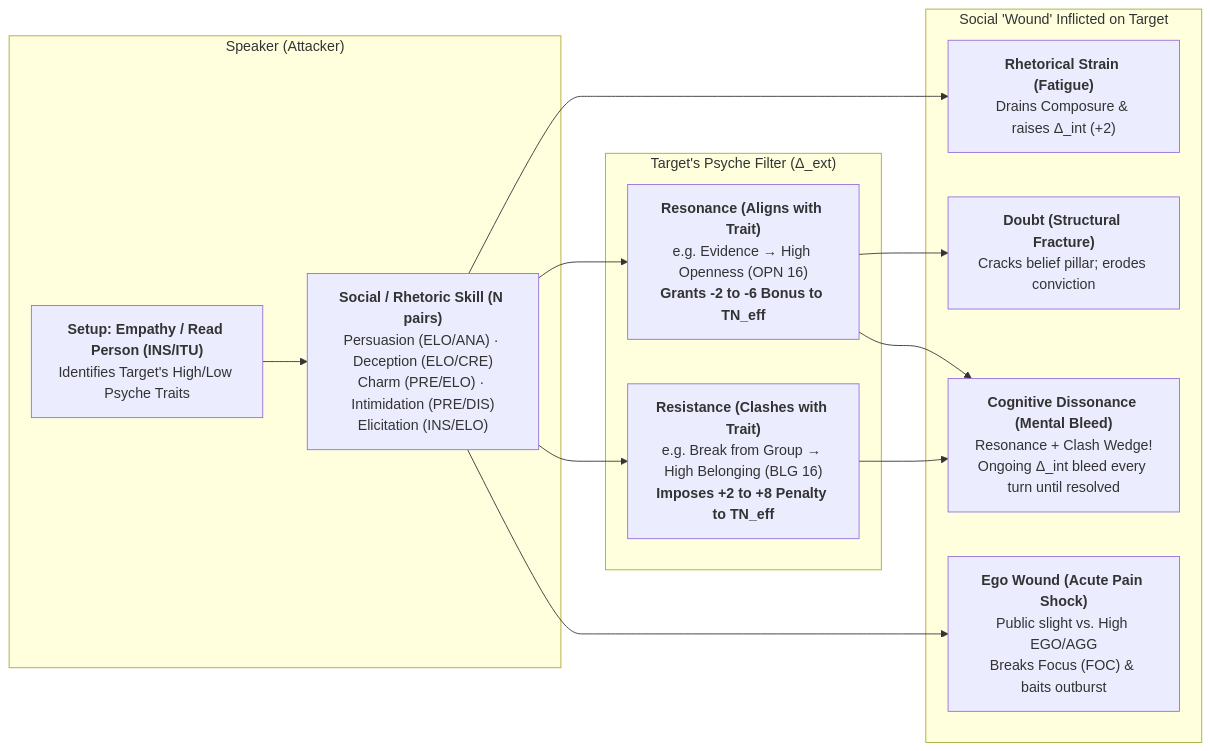
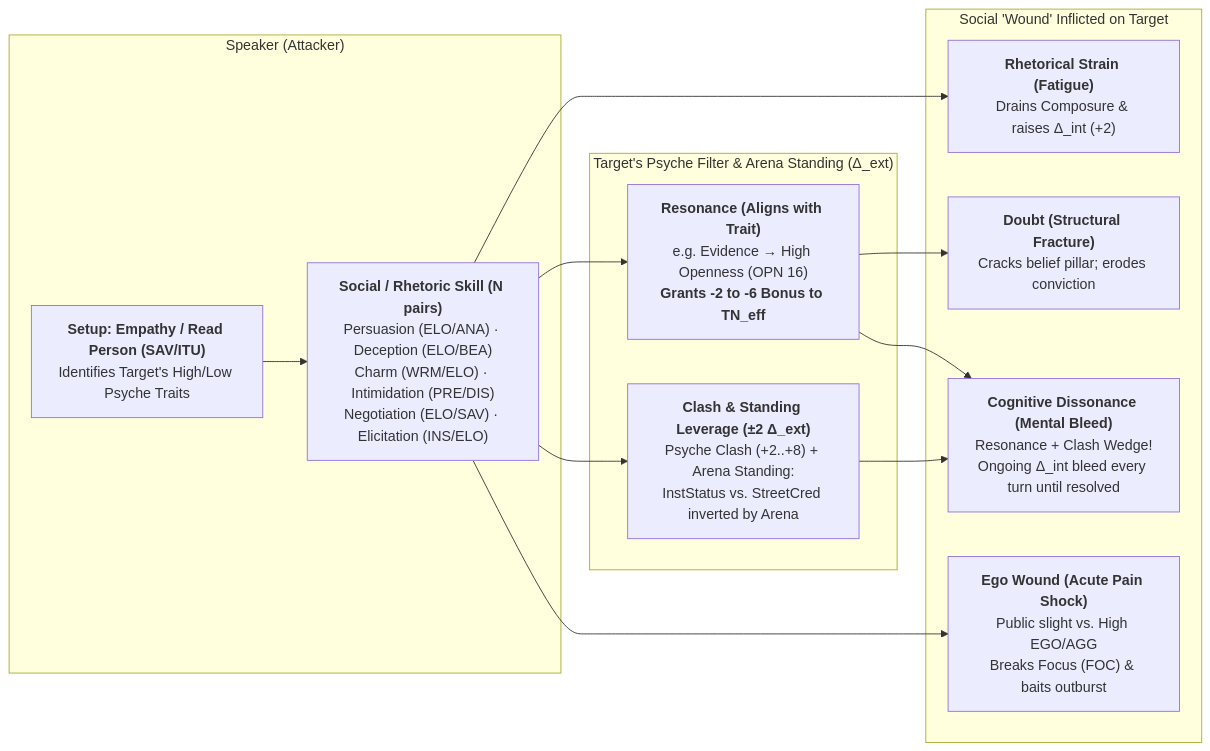
One commit to rarebreed/satya changed the diagram in docs/ttrpg/04-psyche-and-social/psyche_morale_and_social_combat.md. Above: the diagram before and after it, drawn with Mermaid. The commit also changed other lines of this file and 59 other files, not shown here.

````diff
--- a/docs/ttrpg/04-psyche-and-social/psyche_morale_and_social_combat.md
+++ b/docs/ttrpg/04-psyche-and-social/psyche_morale_and_social_combat.md
@@ -183,28 +183,28 @@
 ```mermaid
 flowchart LR
     subgraph Speaker["Speaker (Attacker)"]
-        Skill["<b>Social / Rhetoric Skill (N pairs)</b><br/>Persuasion (ELO/ANA) · Deception (ELO/CRE)<br/>Charm (PRE/ELO) · Intimidation (PRE/DIS)<br/>Elicitation (INS/ELO)"]
-        Read["<b>Setup: Empathy / Read Person (INS/ITU)</b><br/>Identifies Target's High/Low Psyche Traits"]
+        Skill["<b>Social / Rhetoric Skill (N pairs)</b><br/>Persuasion (ELO/ANA) · Deception (ELO/BEA)<br/>Charm (WRM/ELO) · Intimidation (PRE/DIS)<br/>Negotiation (ELO/SAV) · Elicitation (INS/ELO)"]
+        Read["<b>Setup: Empathy / Read Person (SAV/ITU)</b><br/>Identifies Target's High/Low Psyche Traits"]
     end
 
-    subgraph PsycheFilter["Target's Psyche Filter (Δ_ext)"]
+    subgraph PsycheFilter["Target's Psyche Filter & Arena Standing (Δ_ext)"]
         Res["<b>Resonance (Aligns with Trait)</b><br/>e.g. Evidence → High Openness (OPN 16)<br/><b>Grants -2 to -6 Bonus to TN_eff</b>"]
-        Clash["<b>Resistance (Clashes with Trait)</b><br/>e.g. Break from Group → High Belonging (BLG 16)<br/><b>Imposes +2 to +8 Penalty to TN_eff</b>"]
+        Clash["<b>Clash & Standing Leverage (±2 Δ_ext)</b><br/>Psyche Clash (+2..+8) + Arena Standing:<br/>InstStatus vs. StreetCred inverted by Arena"]
     end
 
     subgraph MentalWounds["Social 'Wound' Inflicted on Target"]
         Comp["<b>Rhetorical Strain (Fatigue)</b><br/>Drains Composure & raises Δ_int (+2)"]
         Doubt["<b>Doubt (Structural Fracture)</b><br/>Cracks belief pillar; erodes conviction"]
         Diss["<b>Cognitive Dissonance (Mental Bleed)</b><br/>Resonance + Clash Wedge!<br/>Ongoing Δ_int bleed every turn until resolved"]
         EgoW["<b>Ego Wound (Acute Pain Shock)</b><br/>Public slight vs. High EGO/AGG<br/>Breaks Focus (FOC) & baits outburst"]
     end
 
     Read --> Skill
     Skill --> Res
     Skill --> Clash
     Res --> Doubt
     Res --> Diss
     Clash --> Diss
     Skill --> Comp
     Skill --> EgoW
 ```
````
